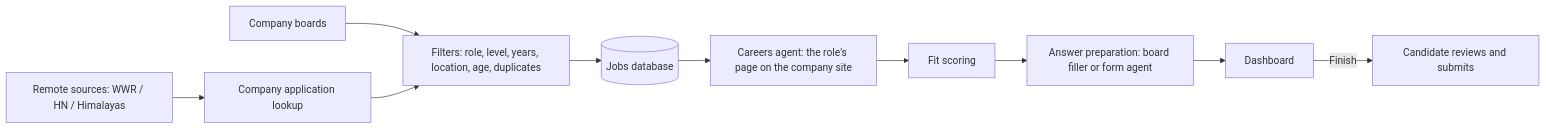
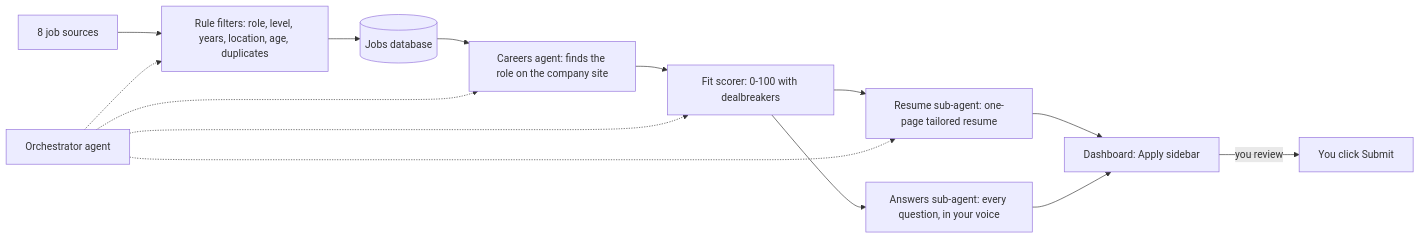
One commit to armita-jamshidi/Apply_Auto changed the diagram in README.md. Above: the diagram before and after it, drawn with Mermaid. The commit also changed other lines of this file and 1 other file, not shown here.

````diff
--- a/README.md
+++ b/README.md
@@ -170,11 +46,16 @@
 ```mermaid
 flowchart LR
-    C[Company boards] --> F[Filters: role, level, years, location, age, duplicates]
-    R[Remote sources: WWR / HN / Himalayas] --> L[Company application lookup] --> F
+    C[8 job sources] --> F[Rule filters: role, level, years, location, age, duplicates]
     F --> D[(Jobs database)]
-    D --> K[Careers agent: the role's page on the company site]
-    K --> S[Fit scoring]
-    S --> P[Answer preparation: board filler or form agent]
-    P --> B[Dashboard]
-    B -->|Finish| H[Candidate reviews and submits]
+    D --> K[Careers agent: finds the role on the company site]
+    K --> S[Fit scorer: 0-100 with dealbreakers]
+    S --> R[Resume sub-agent: one-page tailored resume]
+    S --> A[Answers sub-agent: every question, in your voice]
+    R --> B[Dashboard: Apply sidebar]
+    A --> B
+    O[Orchestrator agent] -.-> F
+    O -.-> K
+    O -.-> S
+    O -.-> R
+    B -->|you review| H[You click Submit]
 ```
````
